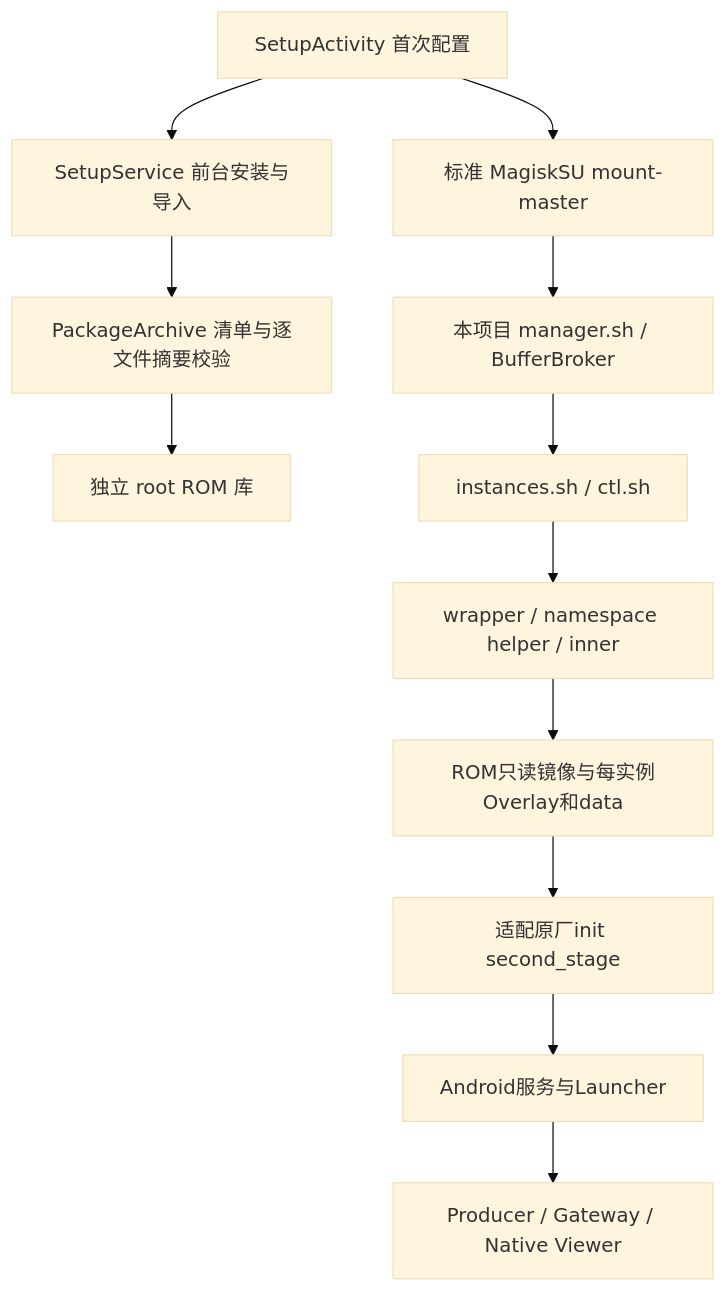
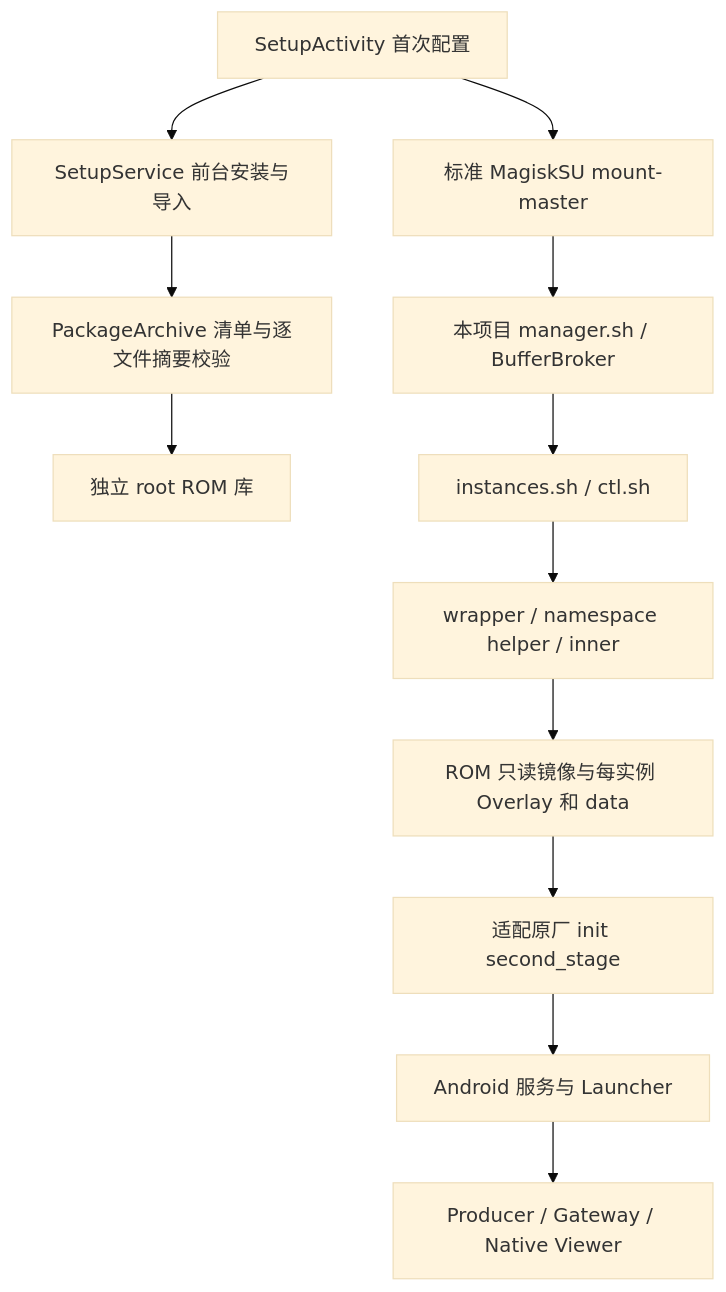
Before and after one commit to 582835293/IrisBox: the diagram in docs/02_技术架构.md, drawn with Mermaid (base theme). The commit also changed other lines of this file and 32 other files, not shown here.

````diff
--- a/docs/02_技术架构.md
+++ b/docs/02_技术架构.md
@@ -5,14 +9,14 @@
 ```mermaid
 flowchart TD
   A[SetupActivity 首次配置] --> B[标准 MagiskSU mount-master]
   A --> C[SetupService 前台安装与导入]
   C --> D[PackageArchive 清单与逐文件摘要校验]
   D --> E[独立 root ROM 库]
   B --> F[本项目 manager.sh / BufferBroker]
   F --> G[instances.sh / ctl.sh]
   G --> H[wrapper / namespace helper / inner]
-  H --> I[ROM只读镜像与每实例Overlay和data]
-  I --> J[适配原厂init second_stage]
-  J --> K[Android服务与Launcher]
+  H --> I[ROM 只读镜像与每实例 Overlay 和 data]
+  I --> J[适配原厂 init second_stage]
+  J --> K[Android 服务与 Launcher]
   K --> L[Producer / Gateway / Native Viewer]
 ```
````
